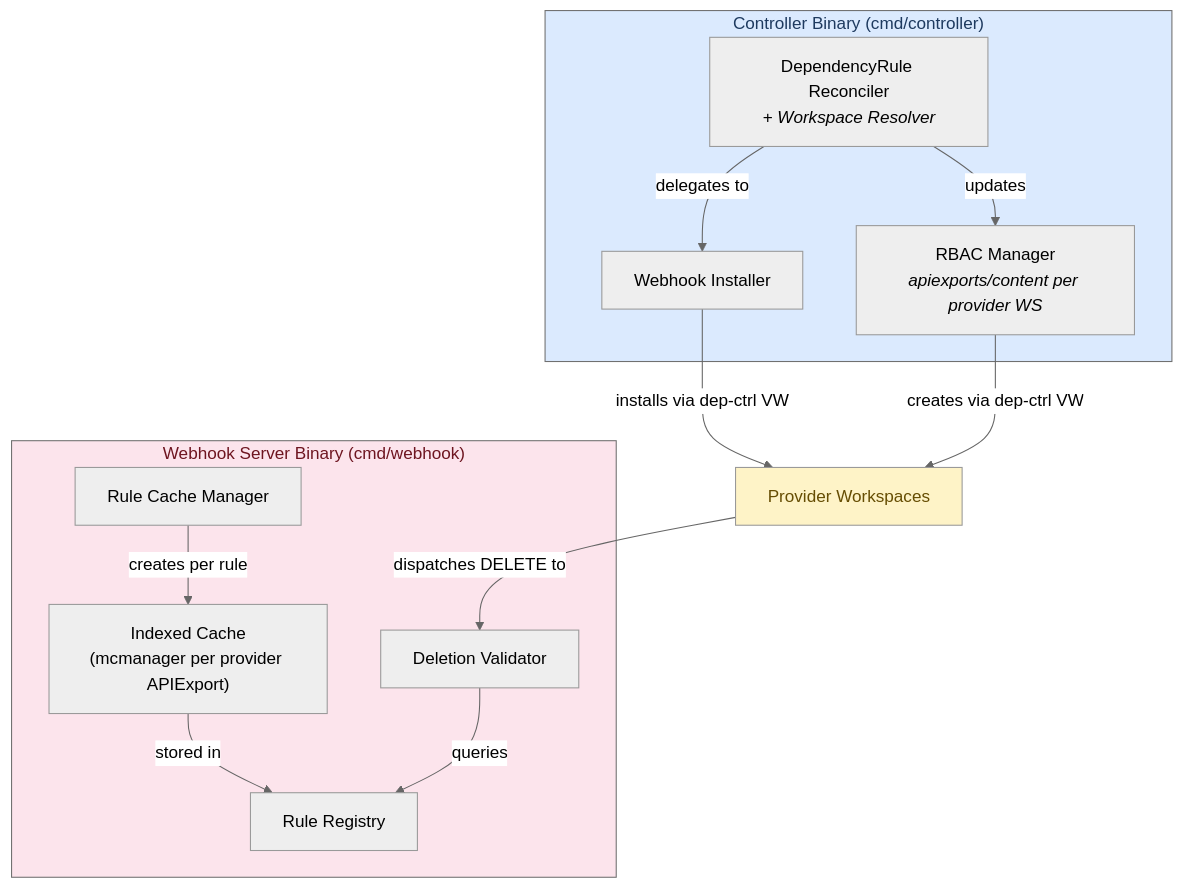
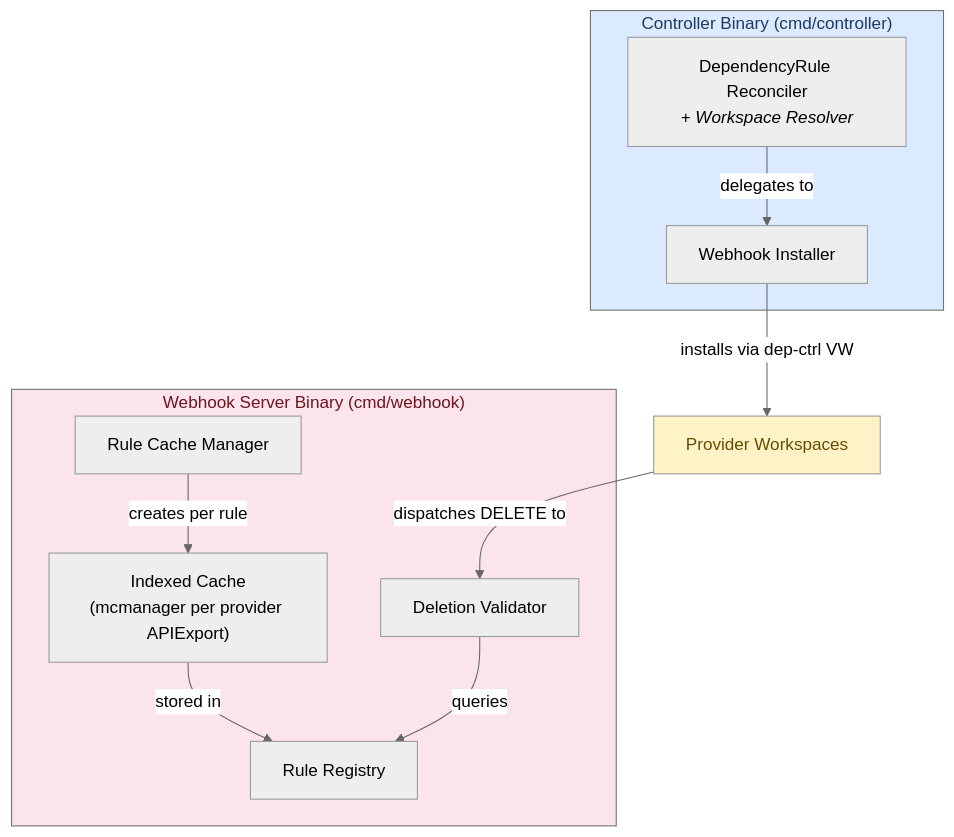
One commit to opendefensecloud/dependency-controller changed the second of 2 diagrams in docs/architecture.md. Above: the diagram before and after it, drawn with Mermaid (neutral theme). The commit also changed other lines of this file and 16 other files, not shown here.

````diff
--- a/docs/architecture.md
+++ b/docs/architecture.md
@@ -89,24 +87,22 @@
 ```mermaid
 flowchart TD
     subgraph Controller["Controller Binary (cmd/controller)"]
         DR["DependencyRule Reconciler<br/><i>+ Workspace Resolver</i>"]
         DR -->|delegates to| WI["Webhook Installer"]
-        DR -->|updates| RBAC["RBAC Manager<br/><i>apiexports/content per provider WS</i>"]
     end
 
     subgraph Webhook["Webhook Server Binary (cmd/webhook)"]
         RCM["Rule Cache Manager"]
         RCM -->|"creates per rule"| IC["Indexed Cache<br/>(mcmanager per provider APIExport)"]
         IC -->|"stored in"| RR["Rule Registry"]
         DV["Deletion Validator"]
         DV -->|"queries"| RR
     end
 
     WI -->|"installs via dep-ctrl VW"| PW["Provider Workspaces"]
-    RBAC -->|"creates via dep-ctrl VW"| PW
     PW -->|"dispatches DELETE to"| DV
 
     style Controller fill:#dbeafe,color:#1e3a5f
     style Webhook fill:#fce4ec,color:#6e1520
     style PW fill:#fef3c7,color:#664d03
 ```
````
